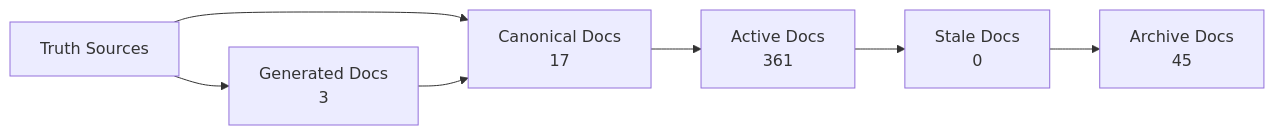
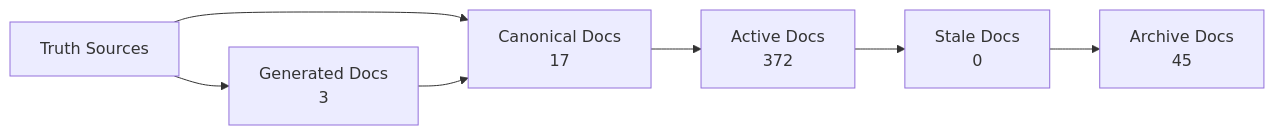
One commit to Latimer-Woods-Tech/Factory changed the diagram in docs/_generated/docs-trust-map.md. Above: the diagram before and after it, drawn with Mermaid. The commit also changed other lines of this file and 11 other files, not shown here.

````diff
--- a/docs/_generated/docs-trust-map.md
+++ b/docs/_generated/docs-trust-map.md
@@ -20,14 +20,14 @@
 ```mermaid
 flowchart LR
   truth["Truth Sources"] --> canonical["Canonical Docs"]
   canonical --> active["Active Docs"]
   active --> stale["Stale Docs"]
   stale --> archive["Archive Docs"]
   canonical["Canonical Docs\n17"]
-  active["Active Docs\n361"]
+  active["Active Docs\n372"]
   stale["Stale Docs\n0"]
   archive["Archive Docs\n45"]
   generated["Generated Docs\n3"]
   truth --> generated
   generated --> canonical
 ```
````
